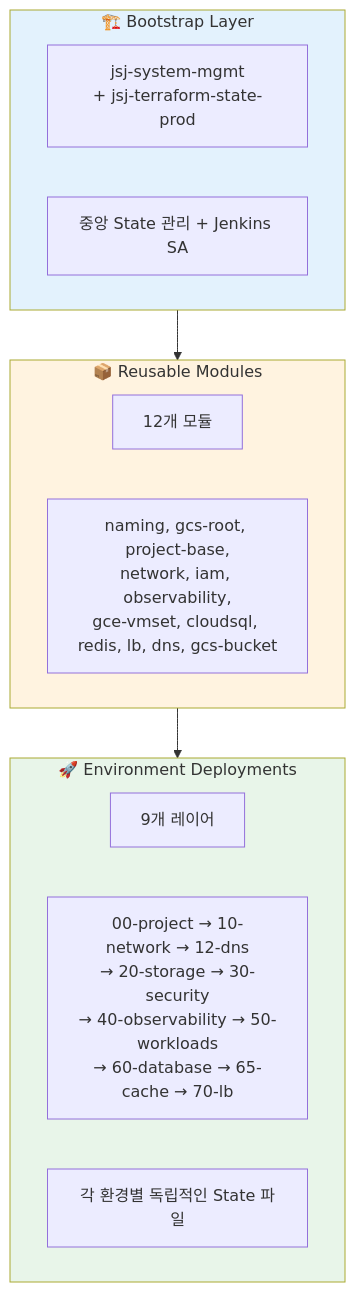
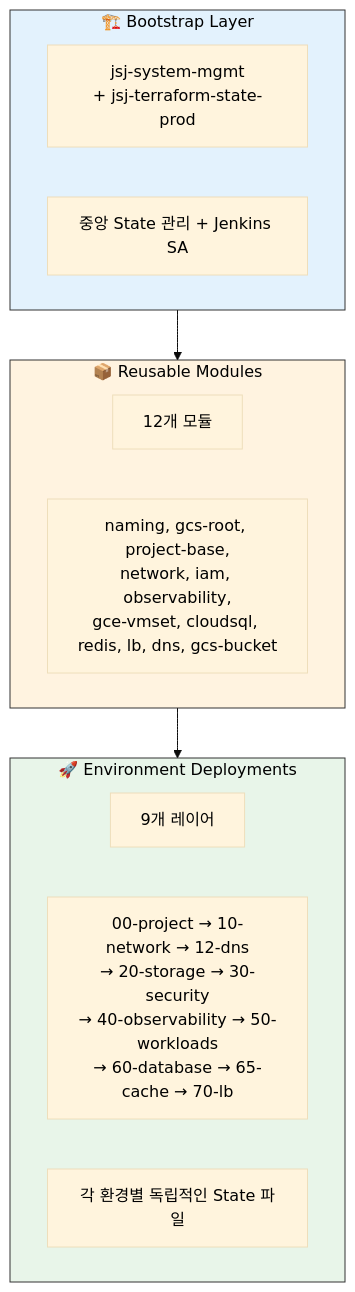
Before and after one commit to JSJ2337/GCP_terraform_code: the first of 4 diagrams in terraform_gcp_infra/docs/architecture/overview.md, drawn with Mermaid. The commit also changed other lines of this file and 5 other files, not shown here.

First line of the commit message:
style: Mermaid 다이어그램 제목 가독성 개선

````diff
--- a/terraform_gcp_infra/docs/architecture/overview.md
+++ b/terraform_gcp_infra/docs/architecture/overview.md
@@ -7,25 +7,26 @@
 ```mermaid
+%%{init: {'theme': 'base', 'themeVariables': { 'primaryTextColor': '#000000', 'clusterBkg': '#ffffff', 'clusterBorder': '#333333' }}}%%
 flowchart TB
     subgraph Bootstrap["🏗️ Bootstrap Layer"]
         MGMT["jsj-system-mgmt<br/>+ jsj-terraform-state-prod"]
         DESC1["중앙 State 관리 + Jenkins SA"]
     end
 
     subgraph Modules["📦 Reusable Modules"]
         MOD["12개 모듈"]
         MOD_LIST["naming, gcs-root, project-base,<br/>network, iam, observability,<br/>gce-vmset, cloudsql, redis, lb, dns, gcs-bucket"]
     end
 
     subgraph Environments["🚀 Environment Deployments"]
         ENV["9개 레이어"]
         ENV_LIST["00-project → 10-network → 12-dns<br/>→ 20-storage → 30-security<br/>→ 40-observability → 50-workloads<br/>→ 60-database → 65-cache → 70-lb"]
         STATE["각 환경별 독립적인 State 파일"]
     end
 
     Bootstrap --> Modules
     Modules --> Environments
 
-    style Bootstrap fill:#e3f2fd
-    style Modules fill:#fff3e0
-    style Environments fill:#e8f5e9
+    style Bootstrap fill:#e3f2fd,color:#000000
+    style Modules fill:#fff3e0,color:#000000
+    style Environments fill:#e8f5e9,color:#000000
 ```
````
